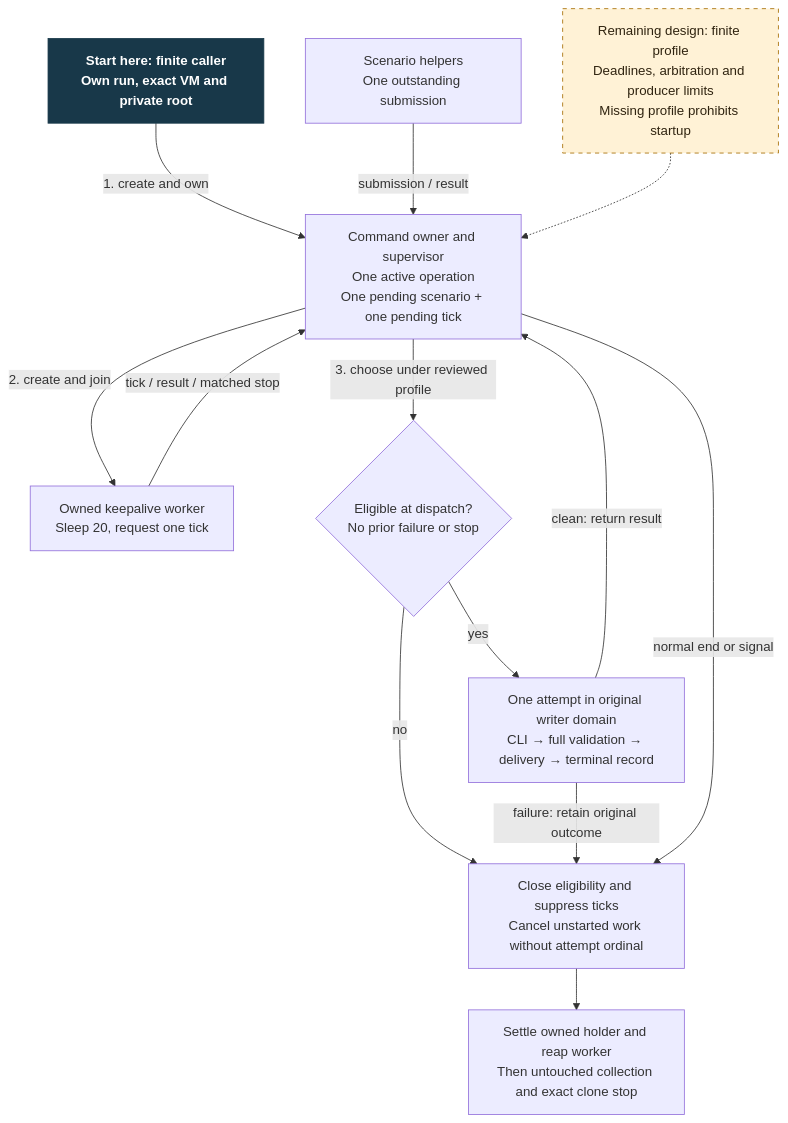
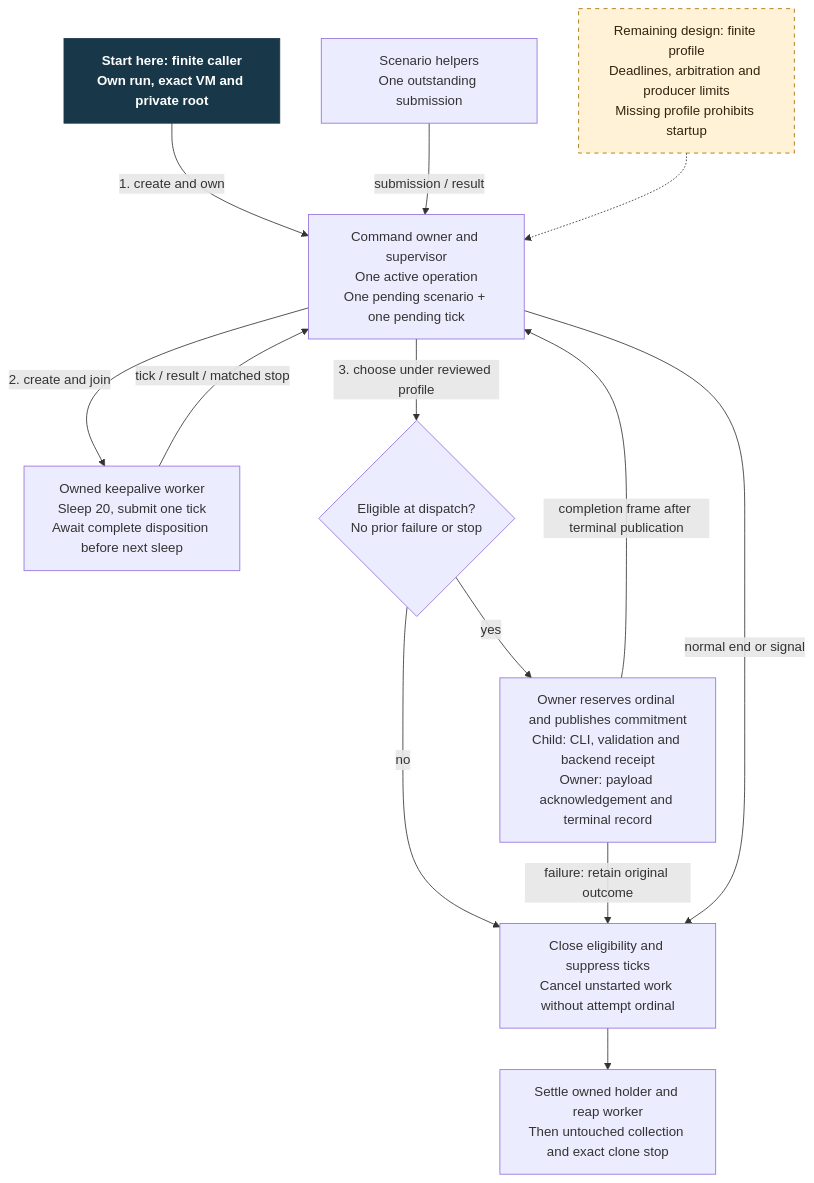
One commit to Linkuistics/Koine changed the diagram in docs/design/architecture/settings-activation/keepalive-owner.mmd. Above: the diagram before and after it, drawn with Mermaid. The commit also changed 29 other files, not shown here.

```diff
--- a/docs/design/architecture/settings-activation/keepalive-owner.mmd
+++ b/docs/design/architecture/settings-activation/keepalive-owner.mmd
@@ -1,24 +1,24 @@
 flowchart TB
   caller["Start here: finite caller\nOwn run, exact VM and private root"]:::start
   scenario["Scenario helpers\nOne outstanding submission"]
-  worker["Owned keepalive worker\nSleep 20, request one tick"]
+  worker["Owned keepalive worker\nSleep 20, submit one tick\nAwait complete disposition before next sleep"]
   owner["Command owner and supervisor\nOne active operation\nOne pending scenario + one pending tick"]
   gate{"Eligible at dispatch?\nNo prior failure or stop"}
-  operation["One attempt in original writer domain\nCLI → full validation → delivery → terminal record"]
+  operation["Owner reserves ordinal and publishes commitment\nChild: CLI, validation and backend receipt\nOwner: payload acknowledgement and terminal record"]
   stop["Close eligibility and suppress ticks\nCancel unstarted work without attempt ordinal"]
   collection["Settle owned holder and reap worker\nThen untouched collection and exact clone stop"]
   profile["Remaining design: finite profile\nDeadlines, arbitration and producer limits\nMissing profile prohibits startup"]:::open
   caller -->|"1. create and own"| owner
   owner -->|"2. create and join"| worker
   scenario -->|"submission / result"| owner
   worker -->|"tick / result / matched stop"| owner
   owner -->|"3. choose under reviewed profile"| gate
   gate -->|"yes"| operation
-  operation -->|"clean: return result"| owner
+  operation -->|"completion frame after terminal publication"| owner
   gate -->|"no"| stop
   operation -->|"failure: retain original outcome"| stop
   owner -->|"normal end or signal"| stop
   stop --> collection
   profile -.-> owner
   classDef start fill:#183849,color:#fff,stroke:#183849,font-weight:bold
   classDef open fill:#fff2d6,color:#302410,stroke:#a66d00,stroke-dasharray:5 5
```
